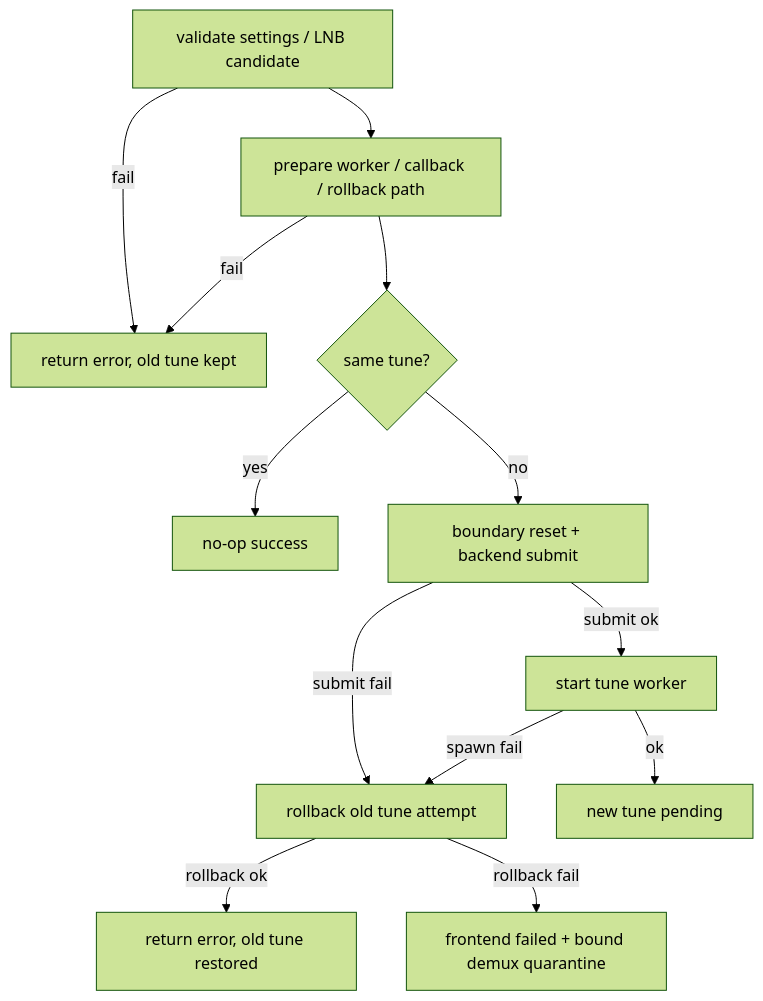
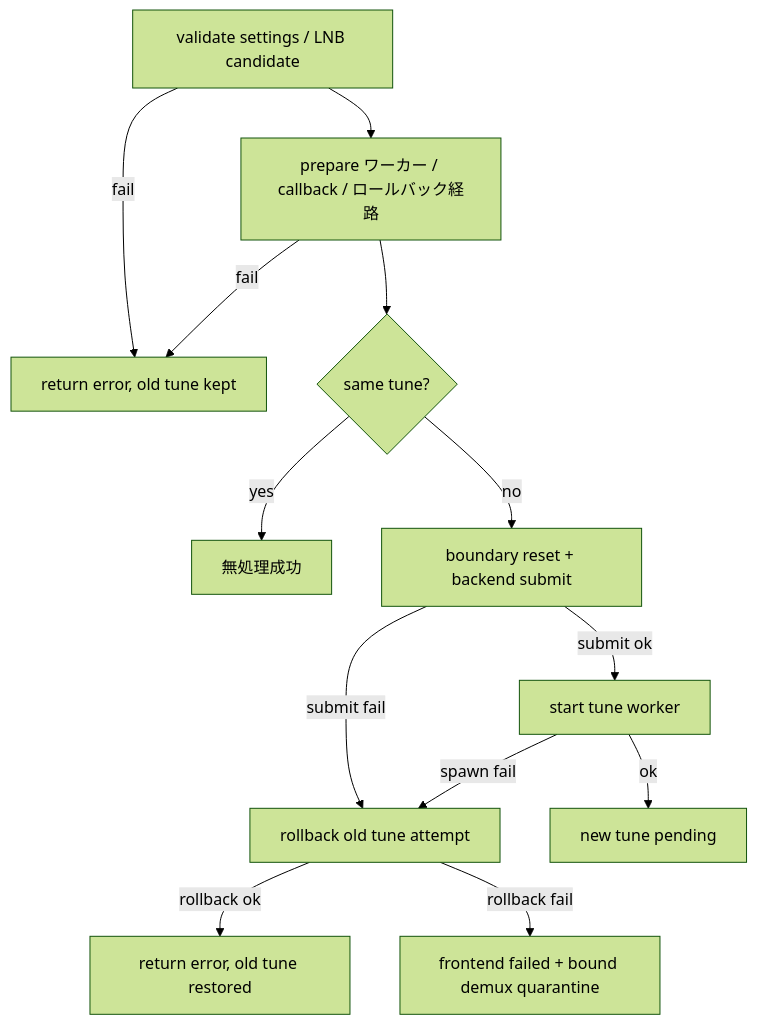
One commit to kazuki0824/tv changed the second of 2 diagrams in tuner_hal/DESIGN_JA.md. Above: the diagram before and after it, drawn with Mermaid (forest theme). The commit also changed other lines of this file and 10 other files, not shown here.

````diff
--- a/tuner_hal/DESIGN_JA.md
+++ b/tuner_hal/DESIGN_JA.md
@@ -922,15 +1005,15 @@
 ```mermaid
 flowchart TD
     A[validate settings / LNB candidate] -->|fail| B[return error, old tune kept]
-    A --> C[prepare worker / callback / rollback path]
+    A --> C[prepare ワーカー / callback / ロールバック経路]
     C -->|fail| B
     C --> D{same tune?}
-    D -->|yes| E[no-op success]
+    D -->|yes| E[無処理成功]
     D -->|no| F[boundary reset + backend submit]
     F -->|submit fail| G[rollback old tune attempt]
     F -->|submit ok| H[start tune worker]
     H -->|ok| I[new tune pending]
     H -->|spawn fail| G
     G -->|rollback ok| J[return error, old tune restored]
     G -->|rollback fail| K[frontend failed + bound demux quarantine]
 ```
````
